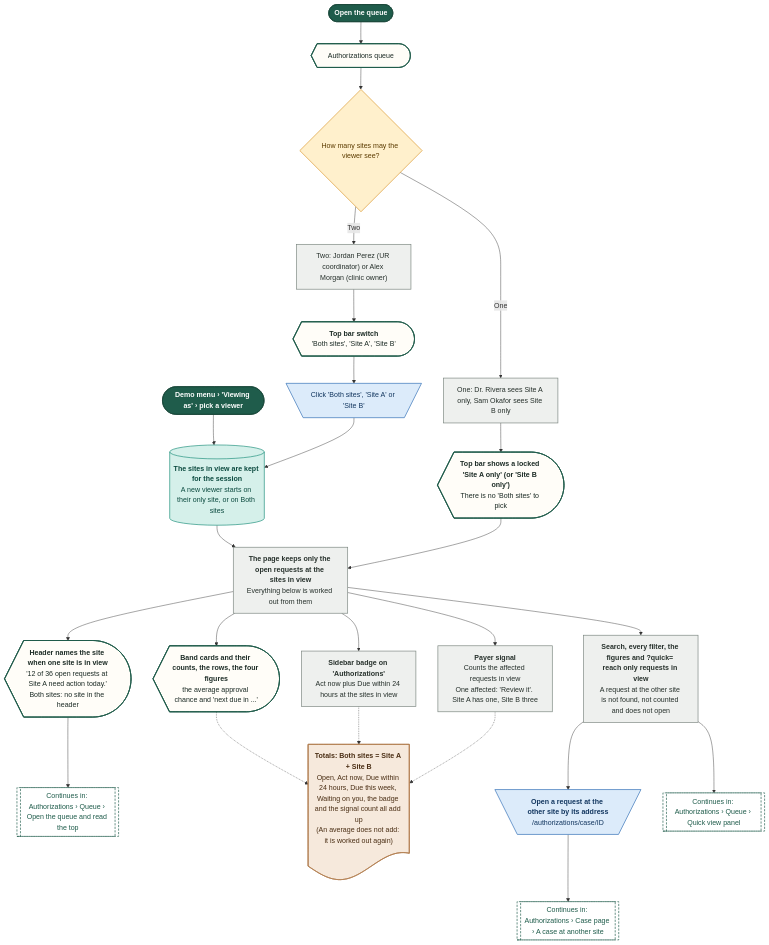
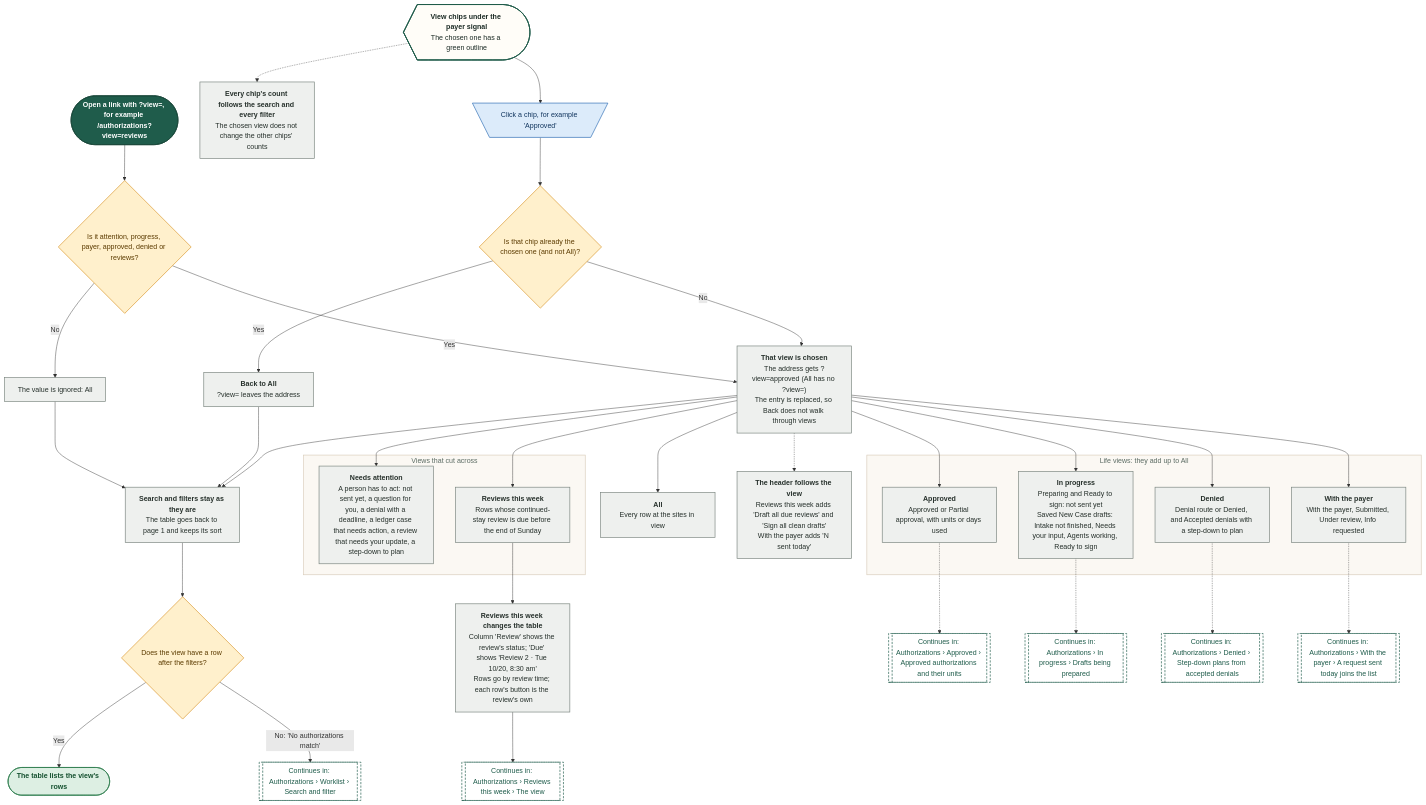
Before and after one commit to Shrav143/psyfloapp: the second of 38 diagrams in demos/prior-auth-demo/workflows/out/md/03-authorizations.md, drawn with Mermaid. The commit also changed other lines of this file and 113 other files, not shown here.

First line of the commit message:
docs: workflow diagrams for the merged Authorizations (worklist, approved, reviews and tracked cases, sidebar arrow), every link retargeted, 336 diagrams

````diff
--- a/demos/prior-auth-demo/workflows/out/md/03-authorizations.md
+++ b/demos/prior-auth-demo/workflows/out/md/03-authorizations.md
@@ -100,67 +100,77 @@
 ```mermaid
 %%{init: {"theme":"base","themeVariables":{"fontFamily":"'DM Sans', 'Segoe UI', system-ui, sans-serif","fontSize":"15px","lineColor":"#5B6B63","primaryTextColor":"#1C2B25","clusterBkg":"#FBF8F3","clusterBorder":"#D9CDBB","edgeLabelBackground":"#FFFFFF"},"flowchart":{"curve":"basis","nodeSpacing":36,"rankSpacing":48,"padding":12,"htmlLabels":true,"useMaxWidth":false,"wrappingWidth":230}} }%%
 flowchart TD
   classDef k_start fill:#1F5C4B,stroke:#174638,color:#FFFFFF,stroke-width:1.5px,font-weight:600
   classDef k_end fill:#DDEFE3,stroke:#2E7D4F,color:#14502F,stroke-width:1.5px,font-weight:600
   classDef k_endx fill:#FBE3E0,stroke:#C0392B,color:#7A1F16,stroke-width:1.5px,font-weight:600
   classDef k_screen fill:#FFFDF8,stroke:#1F5C4B,color:#1C2B25,stroke-width:2px
   classDef k_overlay fill:#F1F7F3,stroke:#1F5C4B,color:#1C2B25,stroke-width:2px,stroke-dasharray:5 3
   classDef k_click fill:#DCEBFA,stroke:#2F6DB5,color:#12365F,stroke-width:1.5px
   classDef k_input fill:#E4E7FF,stroke:#4C5FD5,color:#1D2670,stroke-width:1.5px
   classDef k_process fill:#EEF0EE,stroke:#7A857F,color:#26302B,stroke-width:1.5px
   classDef k_agent fill:#EEE5FA,stroke:#7A4FC2,color:#341A63,stroke-width:1.5px
   classDef k_decision fill:#FFF0CC,stroke:#D9962B,color:#5C3B00,stroke-width:1.5px
   classDef k_store fill:#D5F0EA,stroke:#1C8E7B,color:#0B4A3F,stroke-width:1.5px
   classDef k_doc fill:#F6E9DC,stroke:#B07A4C,color:#4A2E14,stroke-width:1.5px
   classDef k_ext fill:#FFE6D2,stroke:#E07B39,color:#6B2F06,stroke-width:1.5px
   classDef k_wait fill:#E4E8EE,stroke:#6B7C93,color:#26303D,stroke-width:1.5px
   classDef k_toast fill:#FFF9DB,stroke:#C9A400,color:#5A4A00,stroke-width:1.5px
   classDef k_goto fill:#FFFFFF,stroke:#1F5C4B,color:#1F5C4B,stroke-width:1.5px,stroke-dasharray:5 3
-  s1@{ shape: stadium, label: "Open the queue" }
-  s2@{ shape: stadium, label: "Demo menu › 'Viewing as' › pick a viewer" }
-  q@{ shape: curv-trap, label: "Authorizations queue" }
-  dV@{ shape: diam, label: "How many sites may the viewer see?" }
-  v1@{ shape: rect, label: "Two: Jordan Perez (UR coordinator) or Alex Morgan (clinic owner)" }
-  v2@{ shape: rect, label: "One: Dr. Rivera sees Site A only, Sam Okafor sees Site B only" }
-  sw@{ shape: curv-trap, label: "<b>Top bar switch</b><br/>'Both sites', 'Site A', 'Site B'" }
-  lk@{ shape: curv-trap, label: "<b>Top bar shows a locked 'Site A only' (or 'Site B only')</b><br/>There is no 'Both sites' to pick" }
-  c1@{ shape: trap-t, label: "Click 'Both sites', 'Site A' or 'Site B'" }
-  sc@{ shape: cyl, label: "<b>The sites in view are kept for the session</b><br/>A new viewer starts on their only site, or on Both sites" }
-  p1@{ shape: rect, label: "<b>The page keeps only the open requests at the sites in view</b><br/>Everything below is worked out from them" }
-  h1@{ shape: curv-trap, label: "<b>Header names the site when one site is in view</b><br/>'12 of 36 open requests at Site A need action today.'<br/>Both sites: no site in the header" }
-  bd@{ shape: curv-trap, label: "<b>Band cards and their counts, the rows, the four figures</b><br/>the average approval chance and 'next due in ...'" }
-  sb@{ shape: rect, label: "<b>Sidebar badge on 'Authorizations'</b><br/>Act now plus Due within 24 hours at the sites in view" }
-  sg@{ shape: rect, label: "<b>Payer signal</b><br/>Counts the affected requests in view<br/>One affected: 'Review it'. Site A has one, Site B three" }
-  fl@{ shape: rect, label: "<b>Search, every filter, the figures and ?quick= reach only requests in view</b><br/>A request at the other site is not found, not counted and does not open" }
-  eq@{ shape: doc, label: "<b>Totals: Both sites = Site A + Site B</b><br/>Open, Act now, Due within 24 hours, Due this week, Waiting on you, the badge and the signal count all add up<br/>(An average does not add: it is worked out again)" }
-  l1@{ shape: trap-t, label: "<b>Open a request at the other site by its address</b><br/>/authorizations/case/ID" }
-  g1@{ shape: subproc, label: "Continues in: Authorizations › Case page › A case at another site" }
-  g2@{ shape: subproc, label: "Continues in: Authorizations › Queue › Open the queue and read the top" }
-  g3@{ shape: subproc, label: "Continues in: Authorizations › Queue › Quick view panel" }
-  s1 --> q
-  s2 --> sc
-  q --> dV
-  dV -->|"Two"| v1 --> sw --> c1 --> sc
-  dV -->|"One"| v2 --> lk
-  sc --> p1
-  lk --> p1
-  p1 --> h1
-  p1 --> bd
-  p1 --> sb
-  p1 --> sg
-  p1 --> fl
-  bd -.-> eq
-  sb -.-> eq
-  sg -.-> eq
-  fl --> l1 --> g1
-  h1 --> g2
-  fl --> g3
-  class s1,s2 k_start
-  class q,sw,lk,h1,bd k_screen
-  class dV k_decision
-  class v1,v2,p1,sb,sg,fl k_process
-  class c1,l1 k_click
-  class sc k_store
-  class eq k_doc
-  class g1,g2,g3 k_goto
+  ch@{ shape: curv-trap, label: "<b>View chips under the payer signal</b><br/>The chosen one has a green outline" }
+  c1@{ shape: trap-t, label: "Click a chip, for example 'Approved'" }
+  d1@{ shape: diam, label: "Is that chip already the chosen one (and not All)?" }
+  p1@{ shape: rect, label: "<b>That view is chosen</b><br/>The address gets ?view=approved (All has no ?view=)<br/>The entry is replaced, so Back does not walk through views" }
+  p0@{ shape: rect, label: "<b>Back to All</b><br/>?view= leaves the address" }
+  pk@{ shape: rect, label: "<b>Search and filters stay as they are</b><br/>The table goes back to page 1 and keeps its sort" }
+  subgraph gL ["Life views: they add up to All"]
+  v1@{ shape: rect, label: "<b>In progress</b><br/>Preparing and Ready to sign: not sent yet<br/>Saved New Case drafts: Intake not finished, Needs your input, Agents working, Ready to sign" }
+  v2@{ shape: rect, label: "<b>With the payer</b><br/>With the payer, Submitted, Under review, Info requested" }
+  v3@{ shape: rect, label: "<b>Approved</b><br/>Approved or Partial approval, with units or days used" }
+  v4@{ shape: rect, label: "<b>Denied</b><br/>Denial route or Denied, and Accepted denials with a step-down to plan" }
+  end
+  subgraph gX ["Views that cut across"]
+  v5@{ shape: rect, label: "<b>Needs attention</b><br/>A person has to act: not sent yet, a question for you, a denial with a deadline, a ledger case that needs action, a review that needs your update, a step-down to plan" }
+  v6@{ shape: rect, label: "<b>Reviews this week</b><br/>Rows whose continued-stay review is due before the end of Sunday" }
+  end
+  v0@{ shape: rect, label: "<b>All</b><br/>Every row at the sites in view" }
+  rv@{ shape: rect, label: "<b>Reviews this week changes the table</b><br/>Column 'Review' shows the review's status; 'Due' shows 'Review 2 · Tue 10/20, 8:30 am'<br/>Rows go by review time; each row's button is the review's own" }
+  hb@{ shape: rect, label: "<b>The header follows the view</b><br/>Reviews this week adds 'Draft all due reviews' and 'Sign all clean drafts'<br/>With the payer adds 'N sent today'" }
+  cnt@{ shape: rect, label: "<b>Every chip's count follows the search and every filter</b><br/>The chosen view does not change the other chips' counts" }
+  d3@{ shape: diam, label: "Does the view have a row after the filters?" }
+  e1@{ shape: stadium, label: "The table lists the view's rows" }
+  gE@{ shape: subproc, label: "Continues in: Authorizations › Worklist › Search and filter" }
+  s2@{ shape: stadium, label: "Open a link with ?view=, for example /authorizations?view=reviews" }
+  d2@{ shape: diam, label: "Is it attention, progress, payer, approved, denied or reviews?" }
+  ig@{ shape: rect, label: "The value is ignored: All" }
+  gA@{ shape: subproc, label: "Continues in: Authorizations › Approved › Approved authorizations and their units" }
+  gP@{ shape: subproc, label: "Continues in: Authorizations › In progress › Drafts being prepared" }
+  gD@{ shape: subproc, label: "Continues in: Authorizations › Denied › Step-down plans from accepted denials" }
+  gR@{ shape: subproc, label: "Continues in: Authorizations › Reviews this week › The view" }
+  gW@{ shape: subproc, label: "Continues in: Authorizations › With the payer › A request sent today joins the list" }
+  ch --> c1 --> d1
+  d1 -->|"No"| p1 --> pk
+  d1 -->|"Yes"| p0 --> pk
+  pk --> d3
+  d3 -->|"Yes"| e1
+  d3 -->|"No: 'No authorizations match'"| gE
+  ch -.-> cnt
+  p1 --> v0 & v1 & v2 & v3 & v4 & v5 & v6
+  v1 -.-> gP
+  v3 -.-> gA
+  v4 -.-> gD
+  v2 -.-> gW
+  v6 --> rv --> gR
+  p1 -.-> hb
+  s2 --> d2
+  d2 -->|"Yes"| p1
+  d2 -->|"No"| ig --> pk
+  class ch k_screen
+  class c1 k_click
+  class d1,d3,d2 k_decision
+  class p1,p0,pk,v1,v2,v3,v4,v5,v6,v0,rv,hb,cnt,ig k_process
+  class e1 k_end
+  class gE,gA,gP,gD,gR,gW k_goto
+  class s2 k_start
+  style gL fill:#FBF8F3,stroke:#D9CDBB,stroke-width:1.5px,color:#5B6B63
+  style gX fill:#FBF8F3,stroke:#D9CDBB,stroke-width:1.5px,color:#5B6B63
 ```
````
